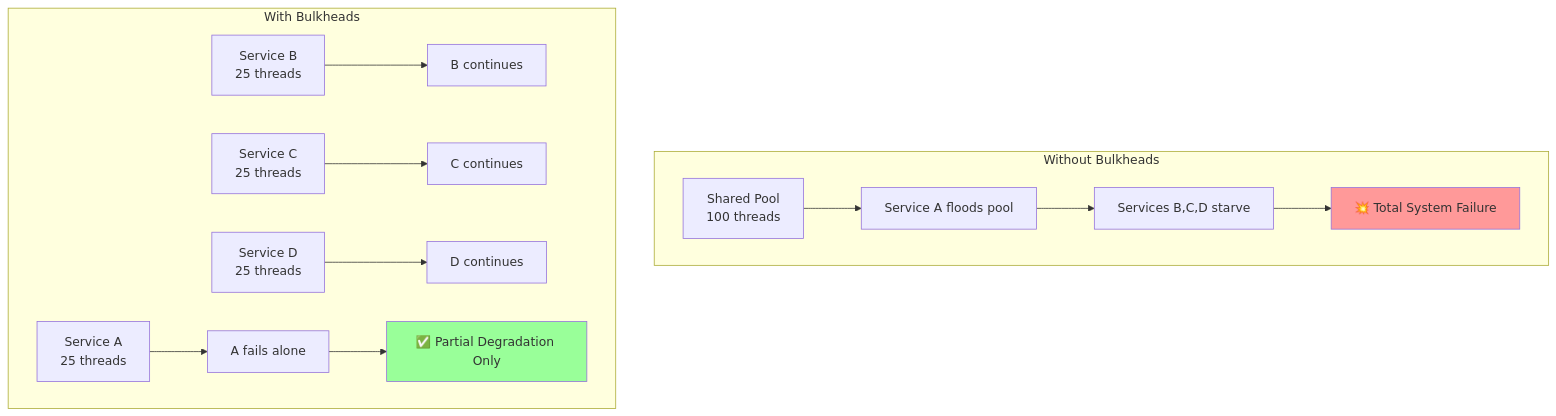
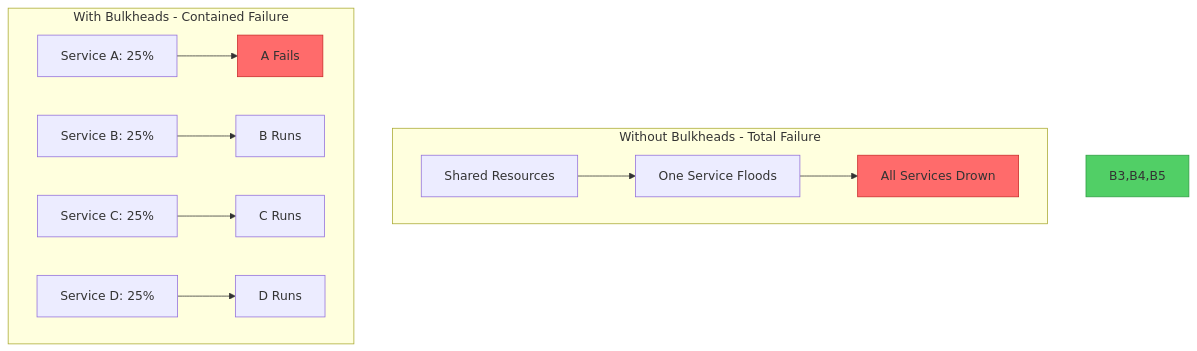
The first of 6 diagrams in docs/pattern-library/resilience/bulkhead.md (deepaucksharma/DStudio), drawn with Mermaid before and after one commit. The commit also changed other lines of this file and 119 other files, not shown here.

````diff
--- a/docs/pattern-library/resilience/bulkhead.md
+++ b/docs/pattern-library/resilience/bulkhead.md
@@ -87,19 +69,18 @@
 ```mermaid
 graph TD
-    subgraph "Without Bulkheads"
-        A[Shared Pool<br/>100 threads] --> B[Service A floods pool]
-        B --> C[Services B,C,D starve]
-        C --> D[💥 Total System Failure]
+    subgraph "Without Bulkheads - Total Failure"
+        A1[Shared Resources] --> B1[One Service Floods]
+        B1 --> C1[All Services Drown]
     end
     
-    subgraph "With Bulkheads"
-        E[Service A<br/>25 threads] --> F[A fails alone]
-        G[Service B<br/>25 threads] --> H[B continues]
-        I[Service C<br/>25 threads] --> J[C continues]
-        K[Service D<br/>25 threads] --> L[D continues]
-        F --> M[✅ Partial Degradation Only]
+    subgraph "With Bulkheads - Contained Failure"
+        A2[Service A: 25%] --> B2[A Fails]
+        A3[Service B: 25%] --> B3[B Runs]
+        A4[Service C: 25%] --> B4[C Runs]
+        A5[Service D: 25%] --> B5[D Runs]
     end
     
-    style D fill:#f99
-    style M fill:#9f9
+    style C1 fill:#ff6b6b,stroke:#c92a2a
+    style B2 fill:#ff6b6b,stroke:#c92a2a
+    style B3,B4,B5 fill:#51cf66,stroke:#2f9e44
 ```
````
